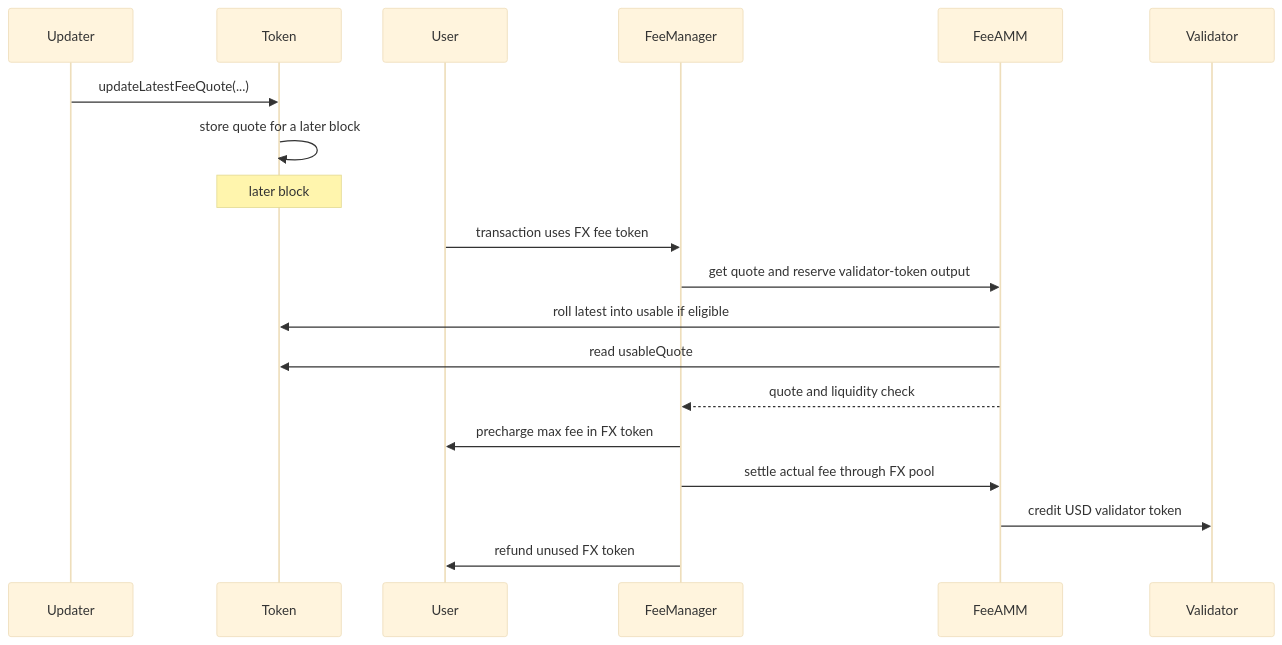
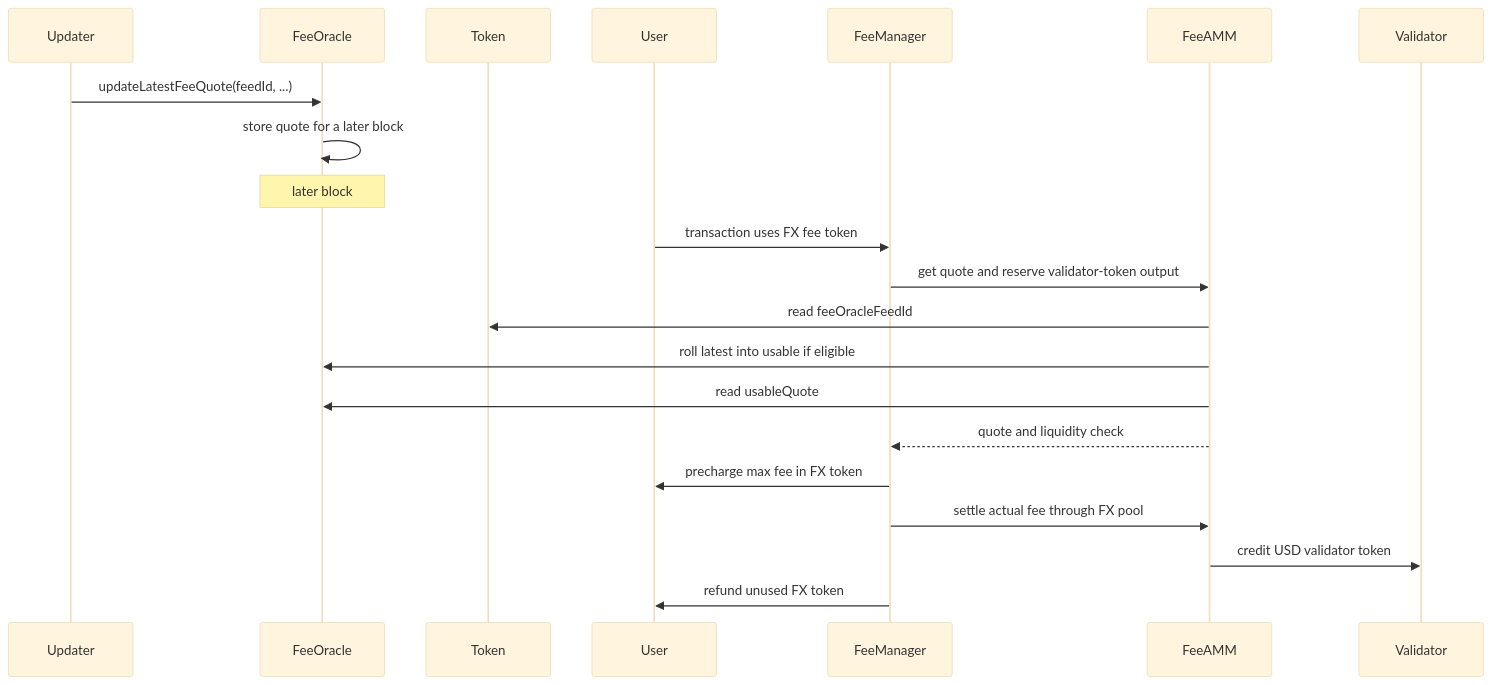
One commit to tempoxyz/tempo changed the diagram in tips/tip-1054.md. Above: the diagram before and after it, drawn with Mermaid (base theme). The commit also changed other lines of this file, not shown here.

Commit message:
docs(tip-1054): use shared fee oracle feeds

````diff
--- a/tips/tip-1054.md
+++ b/tips/tip-1054.md
@@ -37,22 +38,24 @@
 ```mermaid
 sequenceDiagram
     participant Updater
+    participant FeeOracle
     participant Token
     participant User
     participant FeeManager
     participant FeeAMM
     participant Validator
 
-    Updater->>Token: updateLatestFeeQuote(...)
-    Token->>Token: store quote for a later block
-    Note over Token: later block
+    Updater->>FeeOracle: updateLatestFeeQuote(feedId, ...)
+    FeeOracle->>FeeOracle: store quote for a later block
+    Note over FeeOracle: later block
     User->>FeeManager: transaction uses FX fee token
     FeeManager->>FeeAMM: get quote and reserve validator-token output
-    FeeAMM->>Token: roll latest into usable if eligible
-    FeeAMM->>Token: read usableQuote
+    FeeAMM->>Token: read feeOracleFeedId
+    FeeAMM->>FeeOracle: roll latest into usable if eligible
+    FeeAMM->>FeeOracle: read usableQuote
     FeeAMM-->>FeeManager: quote and liquidity check
     FeeManager->>User: precharge max fee in FX token
     FeeManager->>FeeAMM: settle actual fee through FX pool
     FeeAMM->>Validator: credit USD validator token
     FeeManager->>User: refund unused FX token
 ```
````
